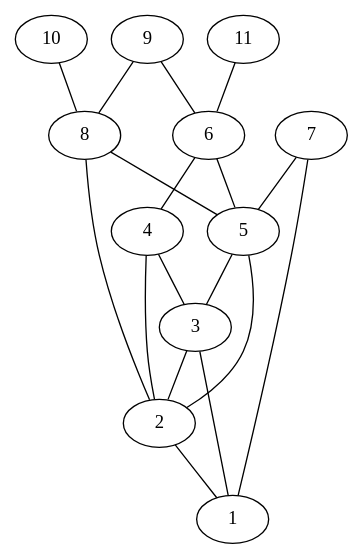
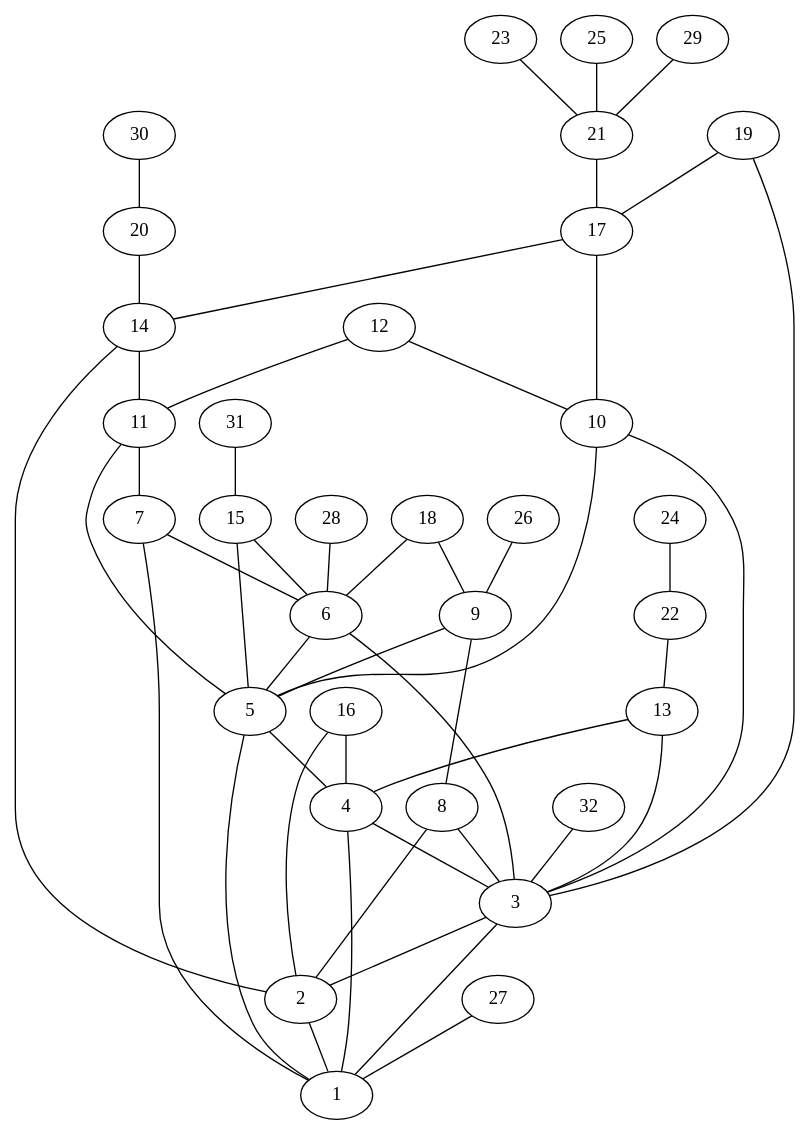
The diagram in config/graph2.dot (felixble/htw-ava-ws16-rumor), drawn with Graphviz before and after one commit. The commit also changed 6 other files, not shown here.

```diff
--- a/config/graph2.dot
+++ b/config/graph2.dot
@@ -1,19 +1,50 @@
 graph G {
 2 -- 1;
 3 -- 2;
 4 -- 3;
-5 -- 2;
-6 -- 4;
-7 -- 5;
+5 -- 4;
+6 -- 5;
+7 -- 6;
+8 -- 3;
+9 -- 5;
+10 -- 3;
+11 -- 7;
+12 -- 11;
+13 -- 4;
+14 -- 2;
+15 -- 5;
+16 -- 2;
+17 -- 10;
+18 -- 9;
+19 -- 17;
+20 -- 14;
+21 -- 17;
+22 -- 13;
+23 -- 21;
+24 -- 22;
+25 -- 21;
+26 -- 9;
+27 -- 1;
+28 -- 6;
+29 -- 21;
+30 -- 20;
+31 -- 15;
+32 -- 3;
+3 -- 1;
+4 -- 1;
+5 -- 1;
+6 -- 3;
+7 -- 1;
 8 -- 2;
-9 -- 6;
-10 -- 8;
-11 -- 6;
-3 -- 1;
-4 -- 2;
-5 -- 3;
-6 -- 5;
-7 -- 1;
-8 -- 5;
 9 -- 8;
+10 -- 5;
+11 -- 5;
+12 -- 10;
+13 -- 3;
+14 -- 11;
+15 -- 6;
+16 -- 4;
+17 -- 14;
+18 -- 6;
+19 -- 3;
 }
```
